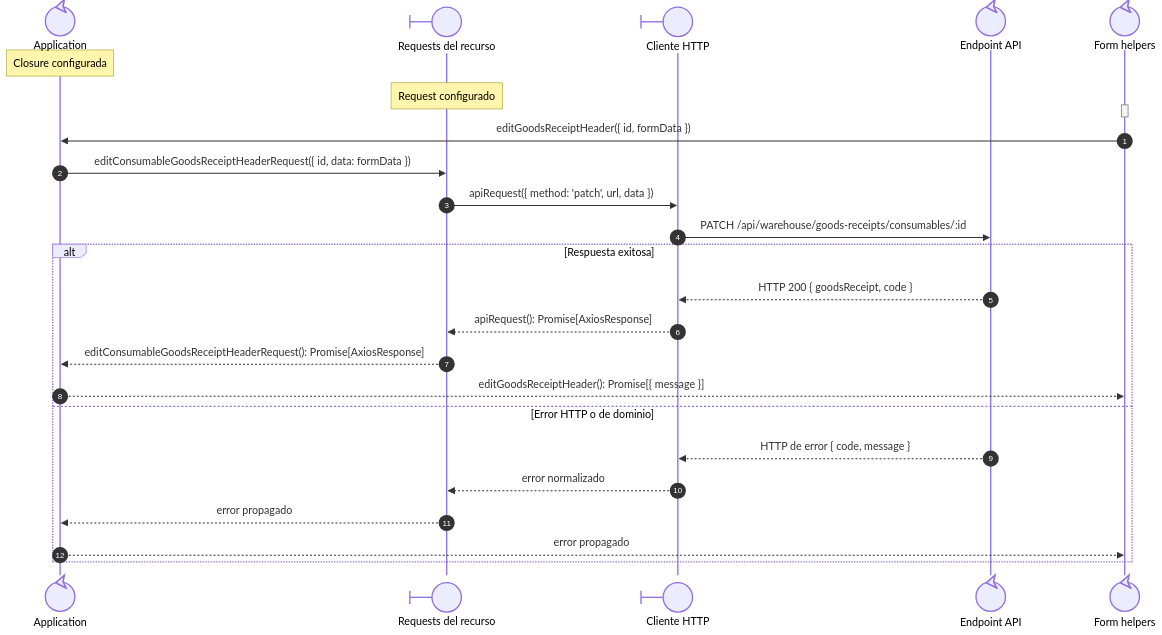
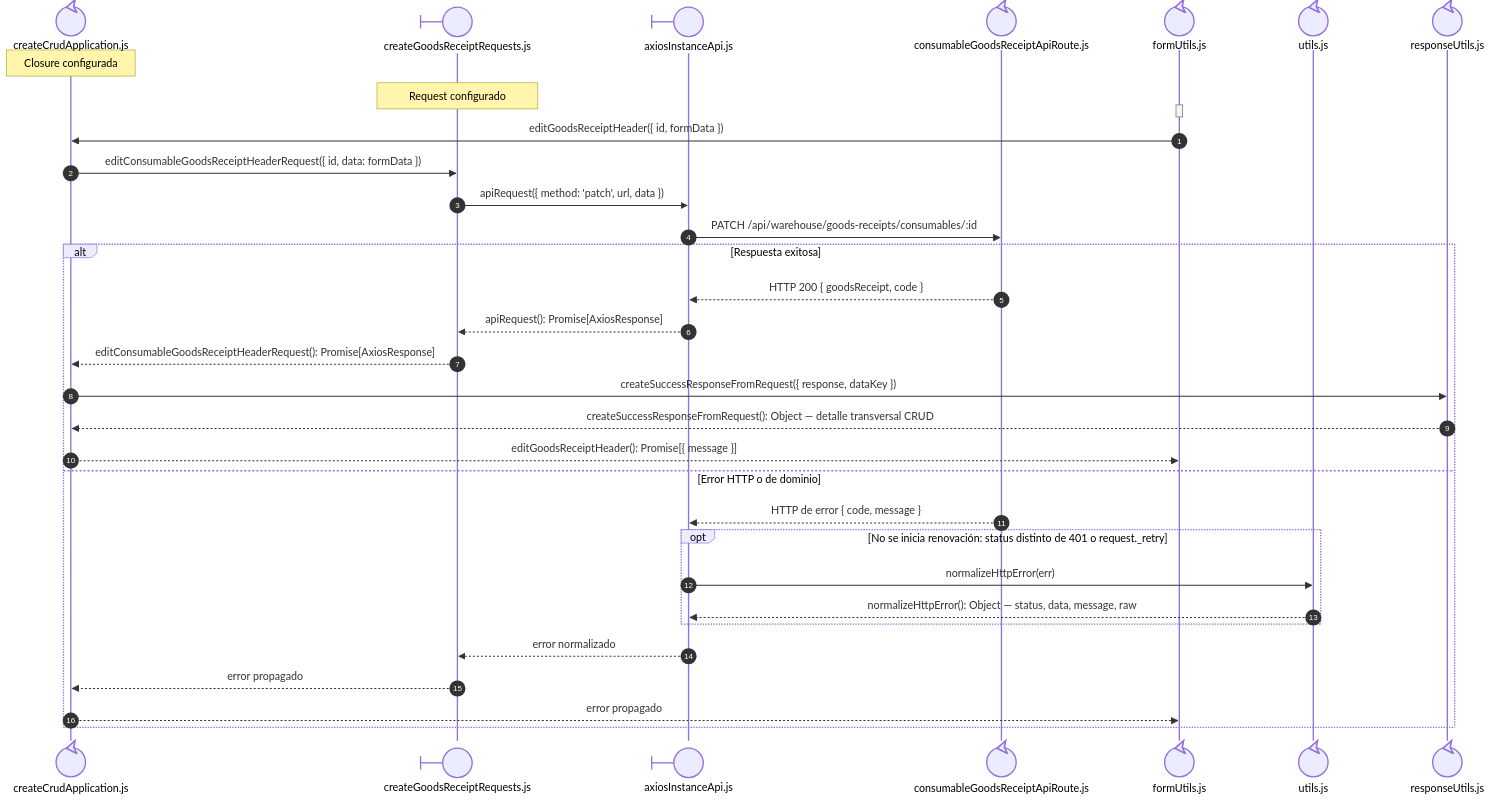
The third of 3 diagrams in docs/architecture/views/processes/frontend-code-sequences/purchases/cu-ent-09.md (gpgsistemas01/nexus), drawn with Mermaid before and after one commit. The commit also changed other lines of this file and 192 other files, not shown here.

Commit message:
docs: make sequence file ownership explicit and align code flows

````diff
--- a/docs/architecture/views/processes/frontend-code-sequences/purchases/cu-ent-09.md
+++ b/docs/architecture/views/processes/frontend-code-sequences/purchases/cu-ent-09.md
@@ -84,29 +183,39 @@
 ```mermaid
 sequenceDiagram
     autonumber
-    participant Application@{ "type": "control" } as Application
-    participant Request@{ "type": "boundary" } as Requests del recurso
-    participant HTTP@{ "type": "boundary" } as Cliente HTTP
-    participant Transport@{ "type": "control" } as Endpoint API
-    participant FormUtils@{ "type": "control" } as Form helpers
+    participant Application@{ "type": "control" } as createCrudApplication.js
+    participant Request@{ "type": "boundary" } as createGoodsReceiptRequests.js
+    participant HTTP@{ "type": "boundary" } as axiosInstanceApi.js
+    participant Transport@{ "type": "control" } as consumableGoodsReceiptApiRoute.js
+    participant FormUtils@{ "type": "control" } as formUtils.js
+
+    participant FileUtils@{ "type": "control" } as utils.js
+
+    participant FileResponseUtils@{ "type": "control" } as responseUtils.js
 
     Note over Application: Closure configurada
     Note over Request: Request configurado
     activate FormUtils
     deactivate FormUtils
         FormUtils->>Application: editGoodsReceiptHeader({ id, formData })
         Application->>Request: editConsumableGoodsReceiptHeaderRequest({ id, data: formData })
         Request->>HTTP: apiRequest({ method: 'patch', url, data })
         HTTP->>Transport: PATCH /api/warehouse/goods-receipts/consumables/:id
         alt Respuesta exitosa
             Transport-->>HTTP: HTTP 200 { goodsReceipt, code }
             HTTP-->>Request: apiRequest(): Promise[AxiosResponse]
             Request-->>Application: editConsumableGoodsReceiptHeaderRequest(): Promise[AxiosResponse]
+            Application->>FileResponseUtils: createSuccessResponseFromRequest({ response, dataKey })
+            FileResponseUtils-->>Application: createSuccessResponseFromRequest(): Object — detalle transversal CRUD
             Application-->>FormUtils: editGoodsReceiptHeader(): Promise[{ message }]
         else Error HTTP o de dominio
             Transport-->>HTTP: HTTP de error { code, message }
+            opt No se inicia renovación: status distinto de 401 o request._retry
+                HTTP->>FileUtils: normalizeHttpError(err)
+                FileUtils-->>HTTP: normalizeHttpError(): Object — status, data, message, raw
+            end
             HTTP-->>Request: error normalizado
             Request-->>Application: error propagado
             Application-->>FormUtils: error propagado
     end
 ```
````
